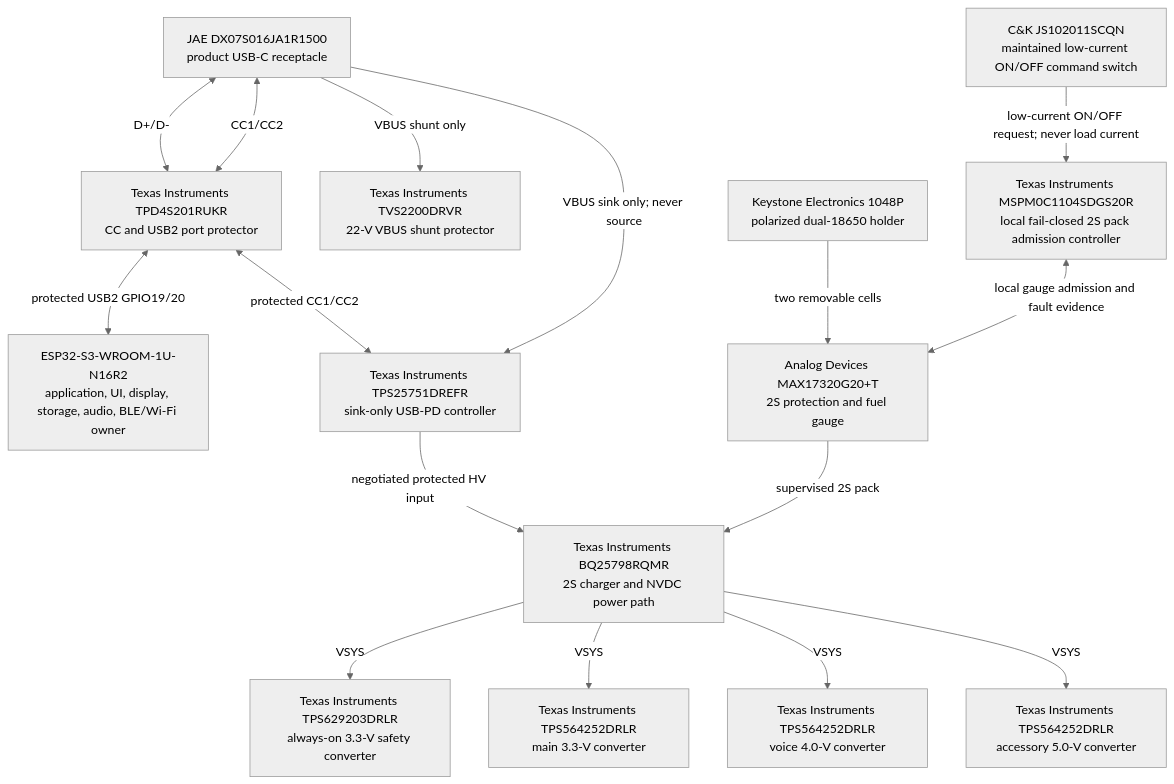
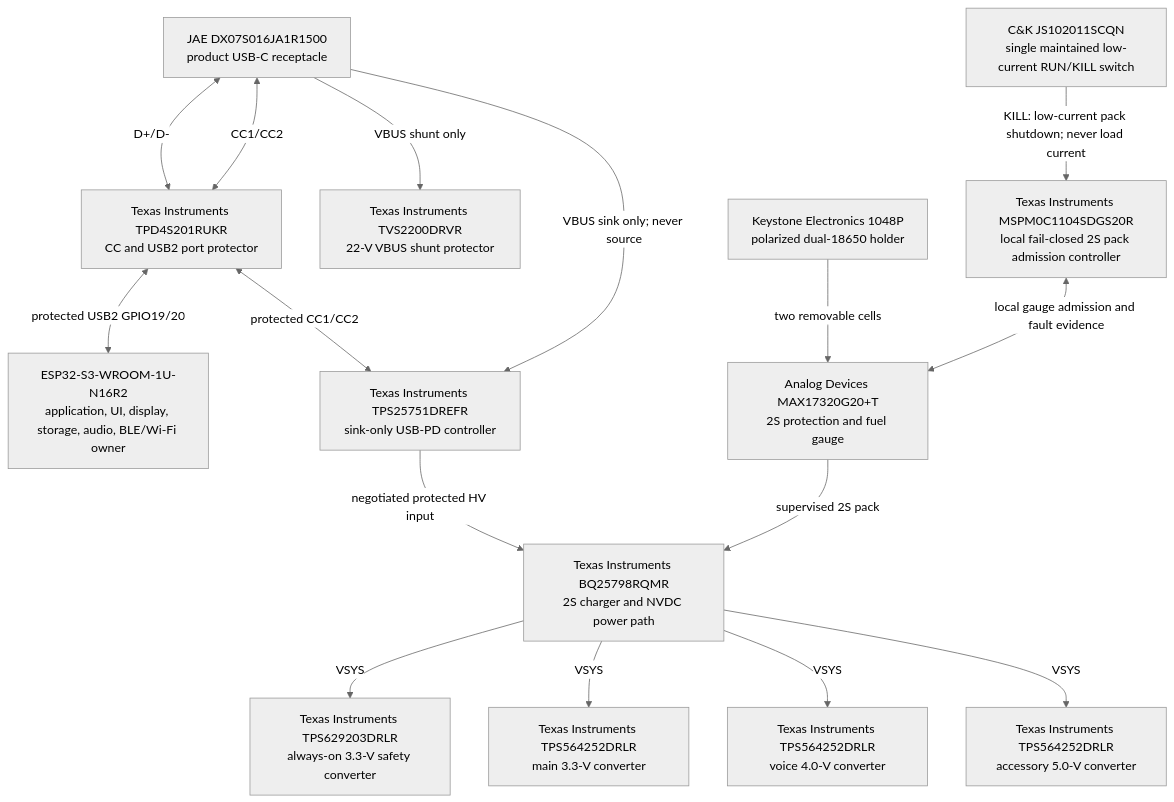
One commit to anton-vinogradov/esp32-leshy2 changed the ninth of 10 diagrams in README.md. Above: the diagram before and after it, drawn with Mermaid (neutral theme). The commit also changed other lines of this file and 25 other files, not shown here.

Commit message:
Replace stop controls with monitored RUN KILL safety

````diff
--- a/README.md
+++ b/README.md
@@ -275,29 +278,29 @@
 ```mermaid
 flowchart TD
 PRODUCT_USB_CONNECTOR["JAE DX07S016JA1R1500<br/>product USB-C receptacle"]
 PRODUCT_USB_PROTECTOR["Texas Instruments TPD4S201RUKR<br/>CC and USB2 port protector"]
 S3["ESP32-S3-WROOM-1U-N16R2<br/>application, UI, display, storage, audio, BLE/Wi-Fi owner"]
 PD_VBUS_TVS["Texas Instruments TVS2200DRVR<br/>22-V VBUS shunt protector"]
 PD_CONTROLLER["Texas Instruments TPS25751DREFR<br/>sink-only USB-PD controller"]
 NVDC_CHARGER["Texas Instruments BQ25798RQMR<br/>2S charger and NVDC power path"]
 PACK_HOLDER["Keystone Electronics 1048P<br/>polarized dual-18650 holder"]
 PACK_GAUGE["Analog Devices MAX17320G20+T<br/>2S protection and fuel gauge"]
 PACK_ADMISSION["Texas Instruments MSPM0C1104SDGS20R<br/>local fail-closed 2S pack admission controller"]
-POWER_COMMAND_SWITCH["C&K JS102011SCQN<br/>maintained low-current ON/OFF command switch"]
+POWER_COMMAND_SWITCH["C&K JS102011SCQN<br/>single maintained low-current RUN/KILL switch"]
 AON_BUCK["Texas Instruments TPS629203DRLR<br/>always-on 3.3-V safety converter"]
 MAIN_BUCK["Texas Instruments TPS564252DRLR<br/>main 3.3-V converter"]
 VOICE_BUCK["Texas Instruments TPS564252DRLR<br/>voice 4.0-V converter"]
 EXT_BUCK["Texas Instruments TPS564252DRLR<br/>accessory 5.0-V converter"]
   PRODUCT_USB_CONNECTOR <-->|"D+/D-"| PRODUCT_USB_PROTECTOR <-->|"protected USB2 GPIO19/20"| S3
   PRODUCT_USB_CONNECTOR <-->|"CC1/CC2"| PRODUCT_USB_PROTECTOR <-->|"protected CC1/CC2"| PD_CONTROLLER
   PRODUCT_USB_CONNECTOR -->|"VBUS sink only; never source"| PD_CONTROLLER
   PRODUCT_USB_CONNECTOR -->|"VBUS shunt only"| PD_VBUS_TVS
   PD_CONTROLLER -->|"negotiated protected HV input"| NVDC_CHARGER
   PACK_HOLDER -->|"two removable cells"| PACK_GAUGE -->|"supervised 2S pack"| NVDC_CHARGER
-  POWER_COMMAND_SWITCH -->|"low-current ON/OFF request; never load current"| PACK_ADMISSION
+  POWER_COMMAND_SWITCH -->|"KILL: low-current pack shutdown; never load current"| PACK_ADMISSION
   PACK_ADMISSION <-->|"local gauge admission and fault evidence"| PACK_GAUGE
   NVDC_CHARGER -->|"VSYS"| AON_BUCK
   NVDC_CHARGER -->|"VSYS"| MAIN_BUCK
   NVDC_CHARGER -->|"VSYS"| VOICE_BUCK
   NVDC_CHARGER -->|"VSYS"| EXT_BUCK
 ```
````
